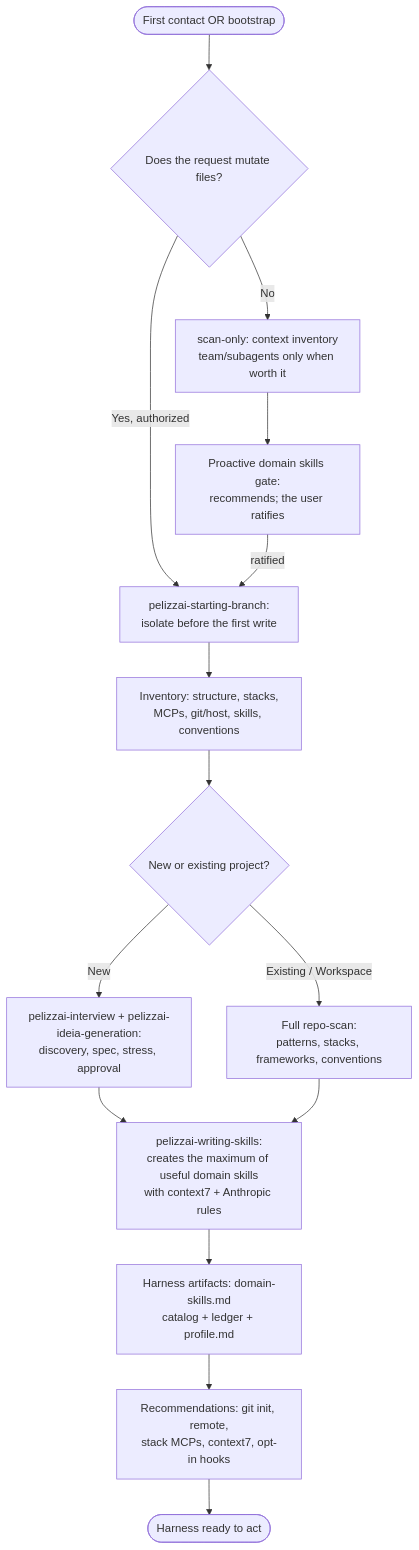
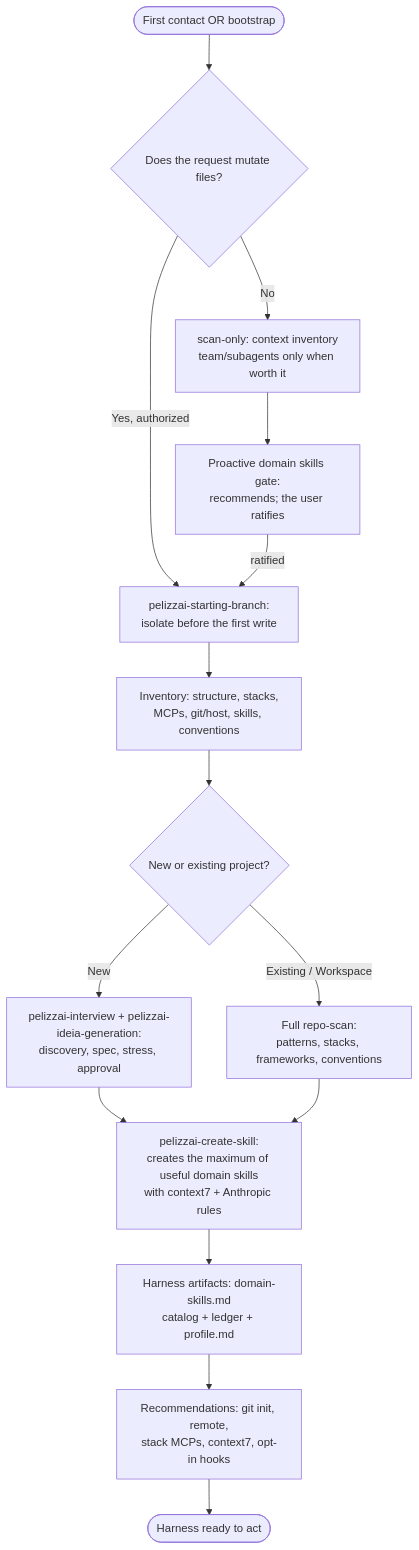
The diagram in dist/.agents/skills/pelizzai-audit/SKILL.md (rpelizza/PelizzAI), drawn with Mermaid before and after one commit. The commit also changed other lines of this file and 162 other files, not shown here.

````diff
--- a/dist/.agents/skills/pelizzai-audit/SKILL.md
+++ b/dist/.agents/skills/pelizzai-audit/SKILL.md
@@ -126,17 +126,17 @@
 ```mermaid
 flowchart TD
     Start([First contact OR bootstrap]) --> Mode{Does the request mutate files?}
     Mode -- No --> Scan[scan-only: context inventory\nteam/subagents only when worth it]
     Scan --> Gate[Proactive domain skills gate:\nrecommends; the user ratifies]
     Mode -- Yes, authorized --> Iso[pelizzai-starting-branch:\nisolate before the first write]
     Gate -- ratified --> Iso
     Iso --> Inv[Inventory: structure, stacks,\nMCPs, git/host, skills, conventions]
     Inv --> New{New or existing project?}
     New -- New --> Bra[pelizzai-interview + pelizzai-ideia-generation:\ndiscovery, spec, stress, approval]
     Bra --> Wri
     New -- Existing / Workspace --> Rep[Full repo-scan:\npatterns, stacks, frameworks, conventions]
-    Rep --> Wri[pelizzai-writing-skills:\ncreates the maximum of useful domain skills\nwith context7 + Anthropic rules]
+    Rep --> Wri[pelizzai-create-skill:\ncreates the maximum of useful domain skills\nwith context7 + Anthropic rules]
     Wri --> Doc[Harness artifacts: domain-skills.md\ncatalog + ledger + profile.md]
     Doc --> Rec[Recommendations: git init, remote,\nstack MCPs, context7, opt-in hooks]
     Rec --> End([Harness ready to act])
 ```
````
